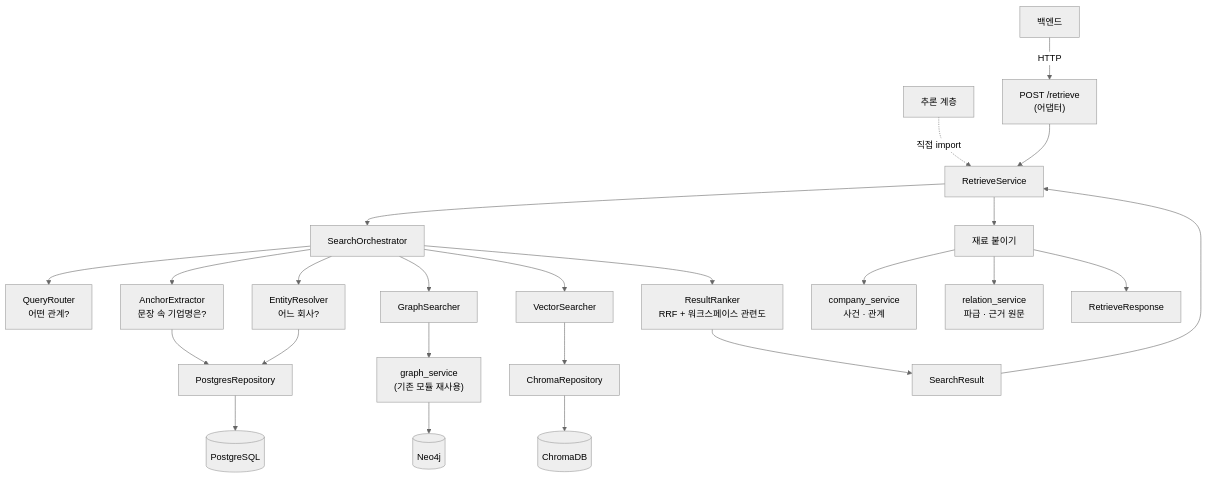
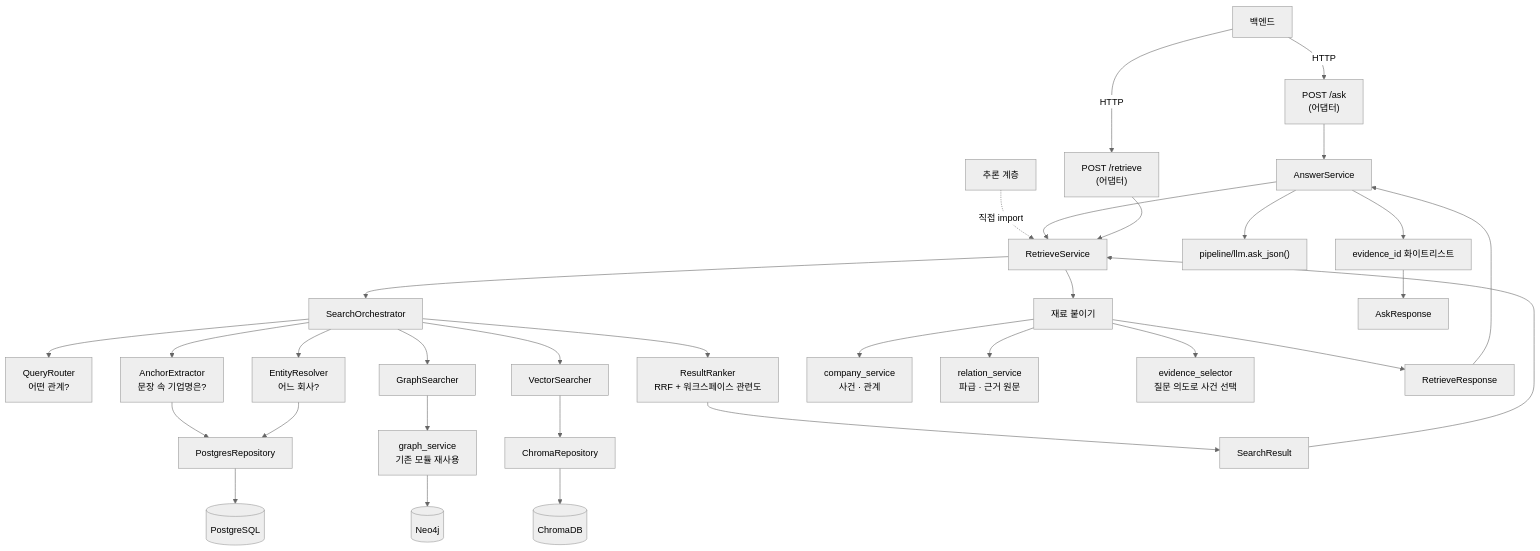
Before and after one commit to Biz-Node/BizNode-AI-Data: the diagram in docs/BizNode_Search_Layer_설계.md, drawn with Mermaid (neutral theme). The commit also changed other lines of this file and 2 other files, not shown here.

````diff
--- a/docs/BizNode_Search_Layer_설계.md
+++ b/docs/BizNode_Search_Layer_설계.md
@@ -76,30 +176,38 @@
 ```mermaid
 flowchart TD
-    BE["백엔드"] -->|HTTP| RT["POST /retrieve<br/>(어댑터)"]
+    BE["백엔드"] -->|HTTP| ASK["POST /ask<br/>(어댑터)"]
+    BE -->|HTTP| RT["POST /retrieve<br/>(어댑터)"]
     INF["추론 계층"] -.->|직접 import| RS
-    RT --> RS["RetrieveService"]
+    ASK --> AS["AnswerService"]
+    AS --> RS["RetrieveService"]
+    RT --> RS
 
     RS --> ORCH["SearchOrchestrator"]
     ORCH --> QR["QueryRouter<br/>어떤 관계?"]
     ORCH --> AE["AnchorExtractor<br/>문장 속 기업명은?"]
     ORCH --> ER["EntityResolver<br/>어느 회사?"]
     ORCH --> GS["GraphSearcher"]
     ORCH --> VS["VectorSearcher"]
     ORCH --> RR["ResultRanker<br/>RRF + 워크스페이스 관련도"]
 
     AE --> PG["PostgresRepository"]
     ER --> PG
     PG --> PGDB[(PostgreSQL)]
-    GS --> GSVC["graph_service<br/>(기존 모듈 재사용)"]
+    GS --> GSVC["graph_service<br/>기존 모듈 재사용"]
     GSVC --> NEO[(Neo4j)]
     VS --> CR["ChromaRepository"]
     CR --> CH[(ChromaDB)]
 
     RR --> SR["SearchResult"]
     SR --> RS
 
     RS --> ENR["재료 붙이기"]
     ENR --> CS["company_service<br/>사건 · 관계"]
     ENR --> RSVC["relation_service<br/>파급 · 근거 원문"]
+    ENR --> ESEL["evidence_selector<br/>질문 의도로 사건 선택"]
     ENR --> RESP["RetrieveResponse"]
+    RESP --> AS
+    AS --> LLM["pipeline/llm.ask_json()"]
+    AS --> WL["evidence_id 화이트리스트"]
+    WL --> ARESP["AskResponse"]
 ```
````
